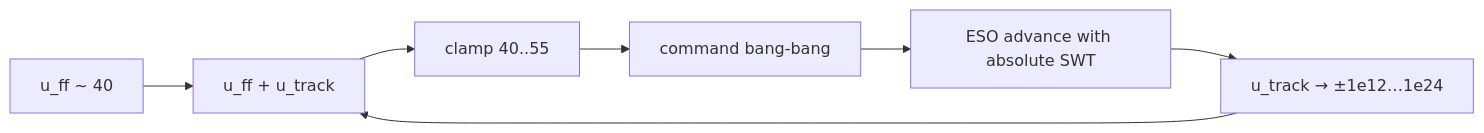
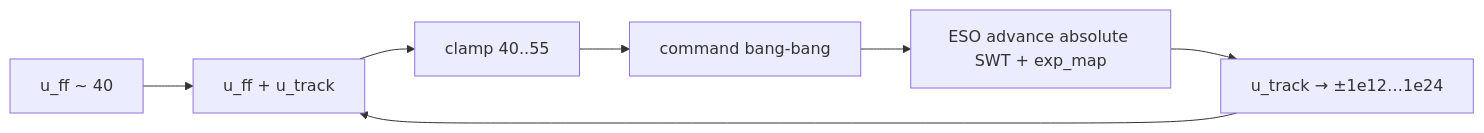
One commit to zhmachenkov-d/ha-smart-hvac changed the first of 2 diagrams in _bmad-output/initiative-fix-ladrc-blow-up/epic-fix-ladrc-blow-up/spec-fix-ladrc-blow-up/architecture-diagrams.md. Above: the diagram before and after it, drawn with Mermaid. The commit also changed other lines of this file and 8 other files, not shown here.

````diff
--- a/_bmad-output/initiative-fix-ladrc-blow-up/epic-fix-ladrc-blow-up/spec-fix-ladrc-blow-up/architecture-diagrams.md
+++ b/_bmad-output/initiative-fix-ladrc-blow-up/epic-fix-ladrc-blow-up/spec-fix-ladrc-blow-up/architecture-diagrams.md
@@ -7,9 +7,9 @@
 ```mermaid
 flowchart LR
   u_ff["u_ff ~ 40"] --> sum["u_ff + u_track"]
   u_track["u_track → ±1e12…1e24"] --> sum
   sum --> clamp["clamp 40..55"]
   clamp --> cmd["command bang-bang"]
-  cmd --> eso["ESO advance with absolute SWT"]
+  cmd --> eso["ESO advance absolute SWT + exp_map"]
   eso --> u_track
 ```
````
